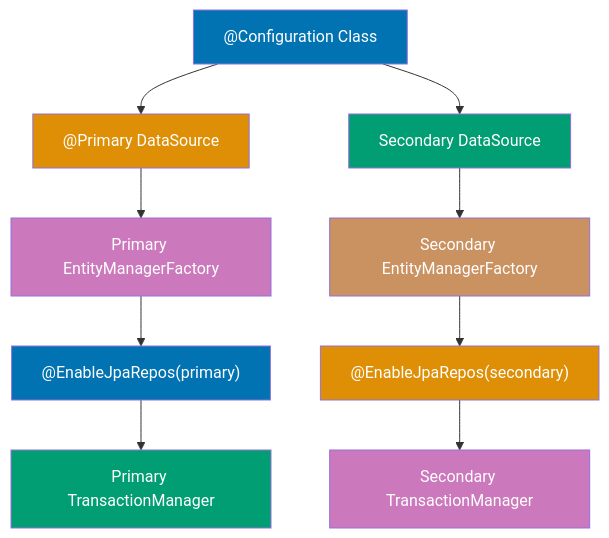
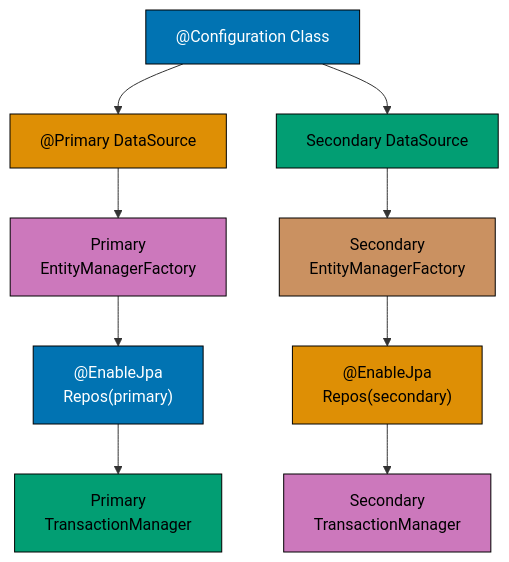
The second of 14 diagrams in apps/ayokoding-www/content/en/learn/legacy/software-engineering/platforms/web/tools/jvm-spring-boot/by-example/intermediate.md (wahidyankf/ose-public), drawn with Mermaid before and after one commit. The commit also changed other lines of this file and 130 other files, not shown here.

First line of the commit message:
fix(mermaid): bring the legacy platforms diagrams onto the accessible palette

````diff
--- a/apps/ayokoding-www/content/en/learn/legacy/software-engineering/platforms/web/tools/jvm-spring-boot/by-example/intermediate.md
+++ b/apps/ayokoding-www/content/en/learn/legacy/software-engineering/platforms/web/tools/jvm-spring-boot/by-example/intermediate.md
@@ -50,22 +58,30 @@
 ```mermaid
 %% Color Palette: Blue #0173B2, Orange #DE8F05, Teal #029E73, Purple #CC78BC, Brown #CA9161
 graph TD
+    accTitle: Example 21: @Transactional Basics
+    accDescr: Graph with 9 nodes and 8 connections. Nodes: @Configuration Class, @Primary DataSource, Secondary DataSource, Primary EntityManagerFactory, Secondary EntityManagerFactory, @EnableJpa Repos(primary), @EnableJpa Repos(secondary), Primary TransactionManager, Secondary TransactionManager. Connections: @Configuration Class to @Primary DataSource, @Configuration Class to Secondary DataSource, @Primary DataSource to Primary EntityManagerFactory, Secondary DataSource to Secondary EntityManagerFactory, Primary EntityManagerFactory to @EnableJpa Repos(primary), Secondary EntityManagerFactory to @EnableJpa Repos(secondary), @EnableJpa Repos(primary) to Primary TransactionManager, @EnableJpa Repos(secondary) to Secondary TransactionManager.
     Config["@Configuration Class"] --> Primary["@Primary DataSource"]
     Config --> Secondary["Secondary DataSource"]
-    Primary --> PrimaryEMF["Primary EntityManagerFactory"]
-    Secondary --> SecondaryEMF["Secondary EntityManagerFactory"]
-    PrimaryEMF --> PrimaryRepos["@EnableJpaRepos(primary)"]
-    SecondaryEMF --> SecondaryRepos["@EnableJpaRepos(secondary)"]
-    PrimaryRepos --> PrimaryTx["Primary TransactionManager"]
-    SecondaryRepos --> SecondaryTx["Secondary TransactionManager"]
+    Primary --> PrimaryEMF["Primary<br/>EntityManagerFactory"]
+    Secondary --> SecondaryEMF["Secondary<br/>EntityManagerFactory"]
+    PrimaryEMF --> PrimaryRepos["@EnableJpa<br/>Repos(primary)"]
+    SecondaryEMF --> SecondaryRepos["@EnableJpa<br/>Repos(secondary)"]
+    PrimaryRepos --> PrimaryTx["Primary<br/>TransactionManager"]
+    SecondaryRepos --> SecondaryTx["Secondary<br/>TransactionManager"]
 
-    style Config fill:#0173B2,color:#fff
-    style Primary fill:#DE8F05,color:#fff
-    style Secondary fill:#029E73,color:#fff
-    style PrimaryEMF fill:#CC78BC,color:#fff
-    style SecondaryEMF fill:#CA9161,color:#fff
-    style PrimaryRepos fill:#0173B2,color:#fff
-    style SecondaryRepos fill:#DE8F05,color:#fff
-    style PrimaryTx fill:#029E73,color:#fff
-    style SecondaryTx fill:#CC78BC,color:#fff
+    classDef pal-0173B2 fill:#0173B2,stroke:#000000,color:#FFFFFF
+    class Config pal-0173B2
+    classDef pal-DE8F05 fill:#DE8F05,stroke:#000000,color:#000000
+    class Primary pal-DE8F05
+    classDef pal-029E73 fill:#029E73,stroke:#000000,color:#000000
+    class Secondary pal-029E73
+    classDef pal-CC78BC fill:#CC78BC,stroke:#000000,color:#000000
+    class PrimaryEMF pal-CC78BC
+    classDef pal-CA9161 fill:#CA9161,stroke:#000000,color:#000000
+    class SecondaryEMF pal-CA9161
+    class PrimaryRepos pal-0173B2
+    class SecondaryRepos pal-DE8F05
+    class PrimaryTx pal-029E73
+    class SecondaryTx pal-CC78BC
+    classDef default fill:#FFFFFF,stroke:#000000,color:#000000
 ```
````
